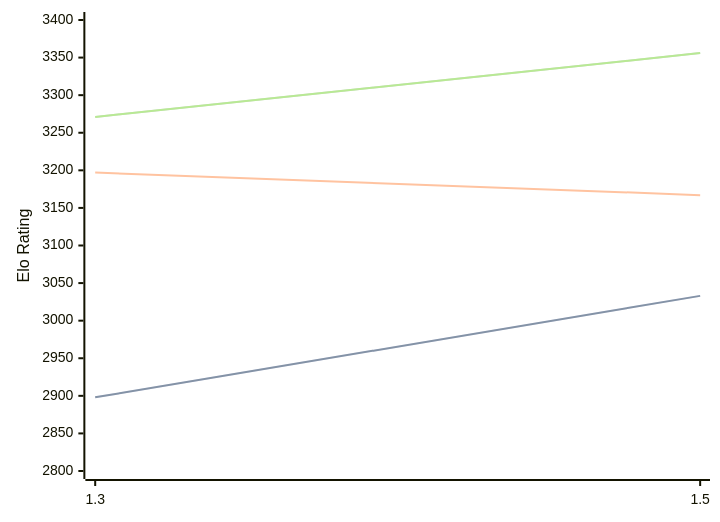
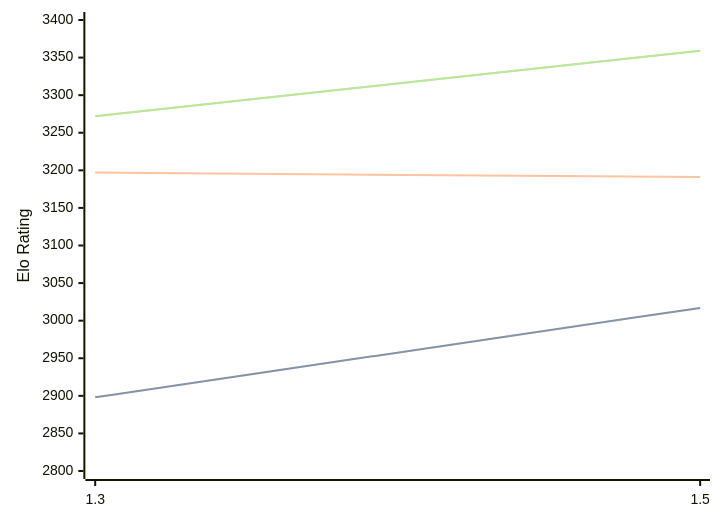
The third of 3 diagrams in engines/Lambergar.md (computer-chess-index/cci), drawn with Mermaid before and after one commit. The commit also changed other lines of this file, not shown here.

Commit message:
Update CCI Ratings (ELO VLTC) - 2026-06-23

````diff
--- a/engines/Lambergar.md
+++ b/engines/Lambergar.md
@@ -77,11 +77,11 @@
 ```mermaid
 %%{init: {"theme":"base","themeVariables":{"seriesColors:['#a3a3a3','#222221','#faa371']}}}%%
 xychart-beta
   x-axis ["1.3", "1.5"]
   y-axis "Elo Rating" 2800 --> 3400
-  line "STC (8.0+0.08s)" [2898, 3033]
-  line "STC (8.0+0.08s)" [2898, 3033]
-  line "LTC (60.0+0.60s)" [3197, 3167]
-  line "VLTC (2m24s+1.12s)" [3271, 3356]
-  line "VLTC (2m24s+1.12s)" [3271, 3356]
+  line "STC (8.0+0.08s)" [2898, 3017]
+  line "STC (8.0+0.08s)" [2898, 3017]
+  line "LTC (60.0+0.60s)" [3197, 3191]
+  line "VLTC (2m24s+1.12s)" [3272, 3359]
+  line "VLTC (2m24s+1.12s)" [3272, 3359]
 ```
````
